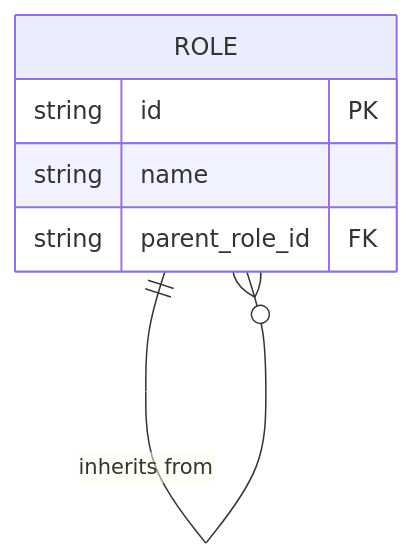
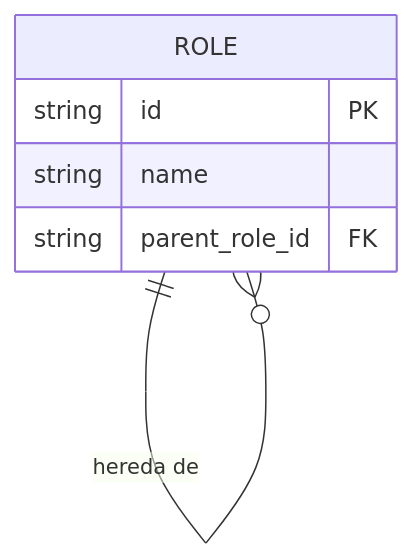
Before and after one commit to logto-io/auth-wiki: the second of 4 diagrams in src/content/terms/es/rbac.mdx, drawn with Mermaid. The commit also changed other lines of this file and 98 other files, not shown here.

````diff
--- a/src/content/terms/es/rbac.mdx
+++ b/src/content/terms/es/rbac.mdx
@@ -98,10 +203,10 @@
 ```mermaid
 erDiagram
-  ROLE ||--o{ ROLE : "inherits from"
+  ROLE ||--o{ ROLE : "hereda de"
   
   ROLE {
       string id PK
       string name
       string parent_role_id FK
   }
 ```
````
